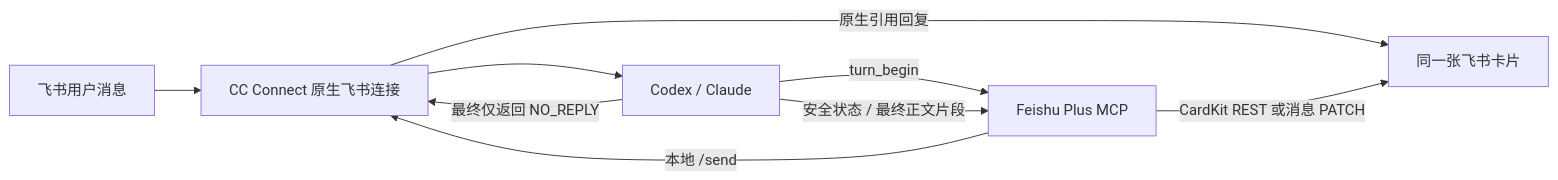
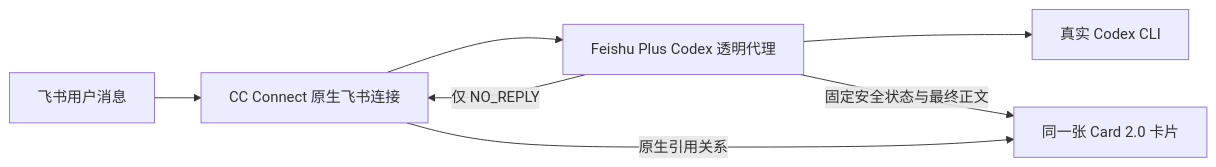
One commit to timmyagentic/cc-connect-feishu-plus changed the diagram in README.md. Above: the diagram before and after it, drawn with Mermaid. The commit also changed other lines of this file and 32 other files, not shown here.

Commit message:
Replace MCP bridge with automatic Feishu card proxy (#4)

````diff
--- a/README.md
+++ b/README.md
@@ -31,11 +23,9 @@
 ```mermaid
 flowchart LR
     U["飞书用户消息"] --> N["CC Connect 原生飞书连接"]
-    N --> A["Codex / Claude"]
-    A -->|"turn_begin"| P["Feishu Plus MCP"]
-    P -->|"本地 /send"| N
-    N -->|"原生引用回复"| C["同一张飞书卡片"]
-    A -->|"安全状态 / 最终正文片段"| P
-    P -->|"CardKit REST 或消息 PATCH"| C
-    A -->|"最终仅返回 NO_REPLY"| N
+    N --> P["Feishu Plus Codex 透明代理"]
+    P --> C["真实 Codex CLI"]
+    P -->|"固定安全状态与最终正文"| F["同一张 Card 2.0 卡片"]
+    P -->|"仅 NO_REPLY"| N
+    N -->|"原生引用关系"| F
 ```
````
